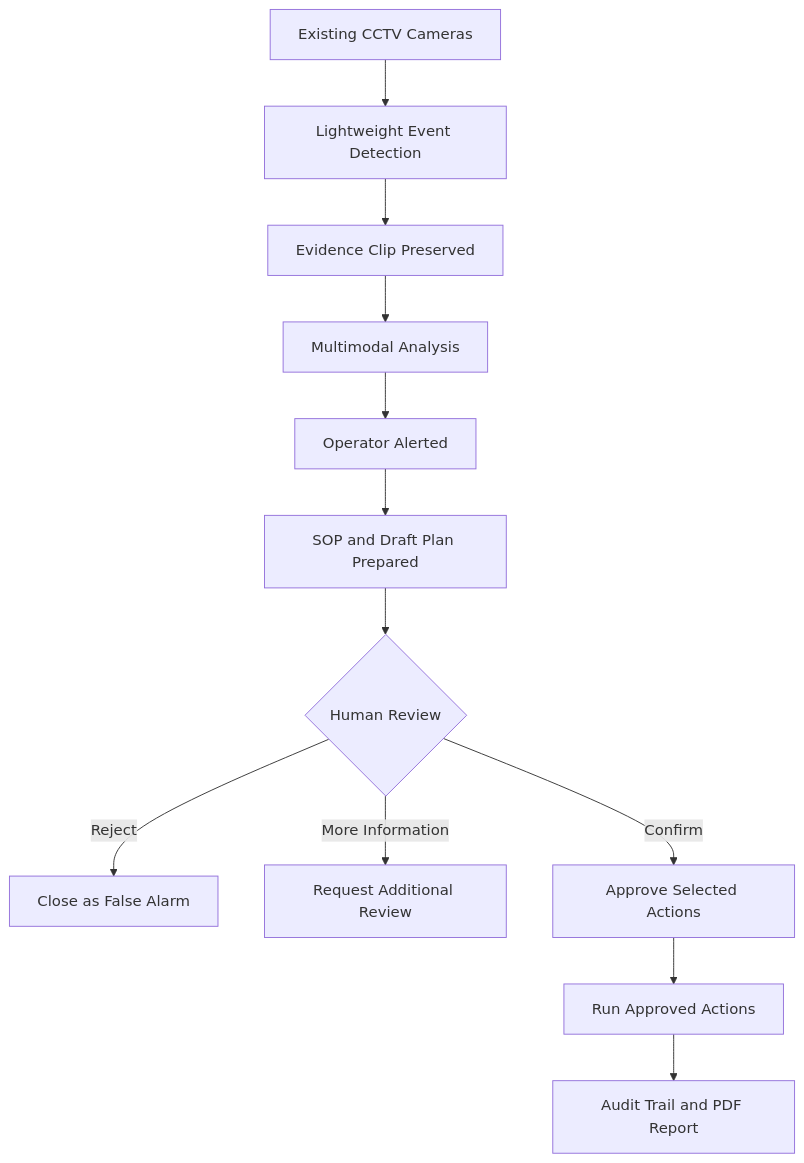
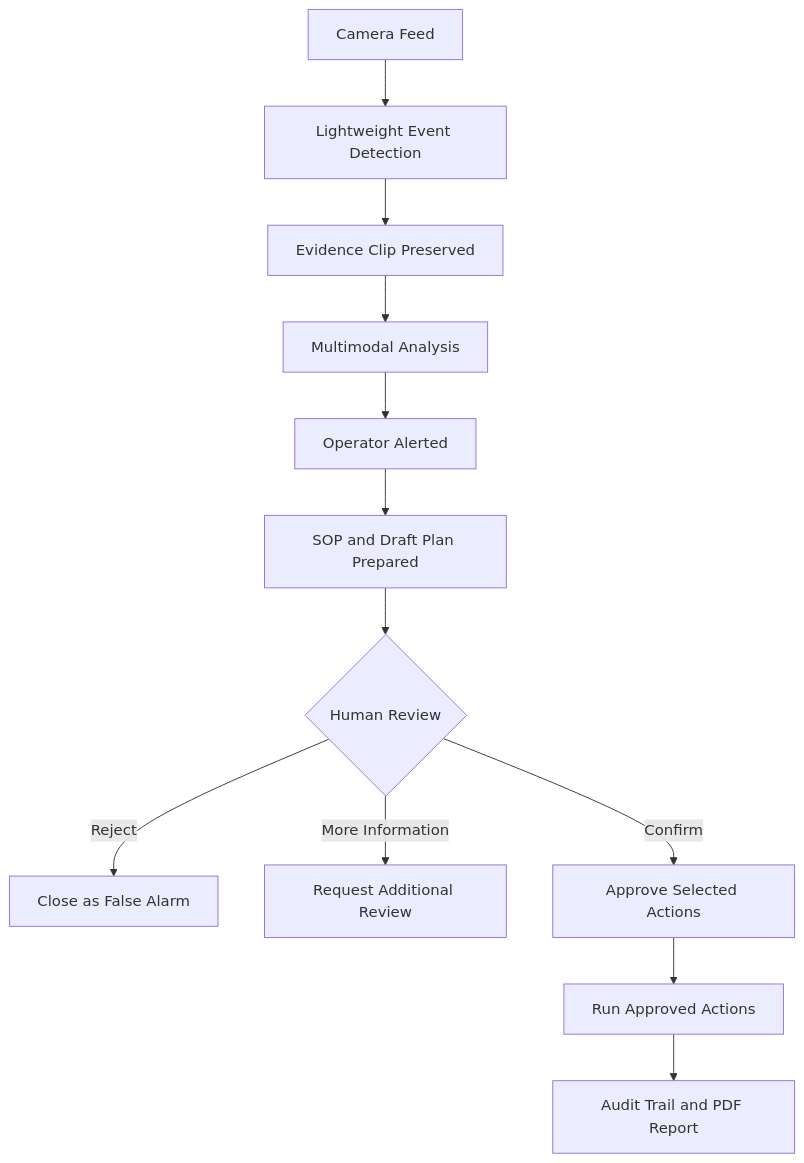
One commit to Yug-More/SafetyLens changed the first of 2 diagrams in README.md. Above: the diagram before and after it, drawn with Mermaid. The commit also changed other lines of this file and 12 other files, not shown here.

````diff
--- a/README.md
+++ b/README.md
@@ -39,14 +39,14 @@
 ```mermaid
 flowchart TD
-    A["Existing CCTV Cameras"] --> B["Lightweight Event Detection"]
+    A["Camera Feed"] --> B["Lightweight Event Detection"]
     B --> C["Evidence Clip Preserved"]
     C --> D["Multimodal Analysis"]
     D --> E["Operator Alerted"]
     E --> F["SOP and Draft Plan Prepared"]
     F --> G{"Human Review"}
     G -->|Reject| H["Close as False Alarm"]
     G -->|More Information| I["Request Additional Review"]
     G -->|Confirm| J["Approve Selected Actions"]
     J --> K["Run Approved Actions"]
     K --> L["Audit Trail and PDF Report"]
 ```
````
